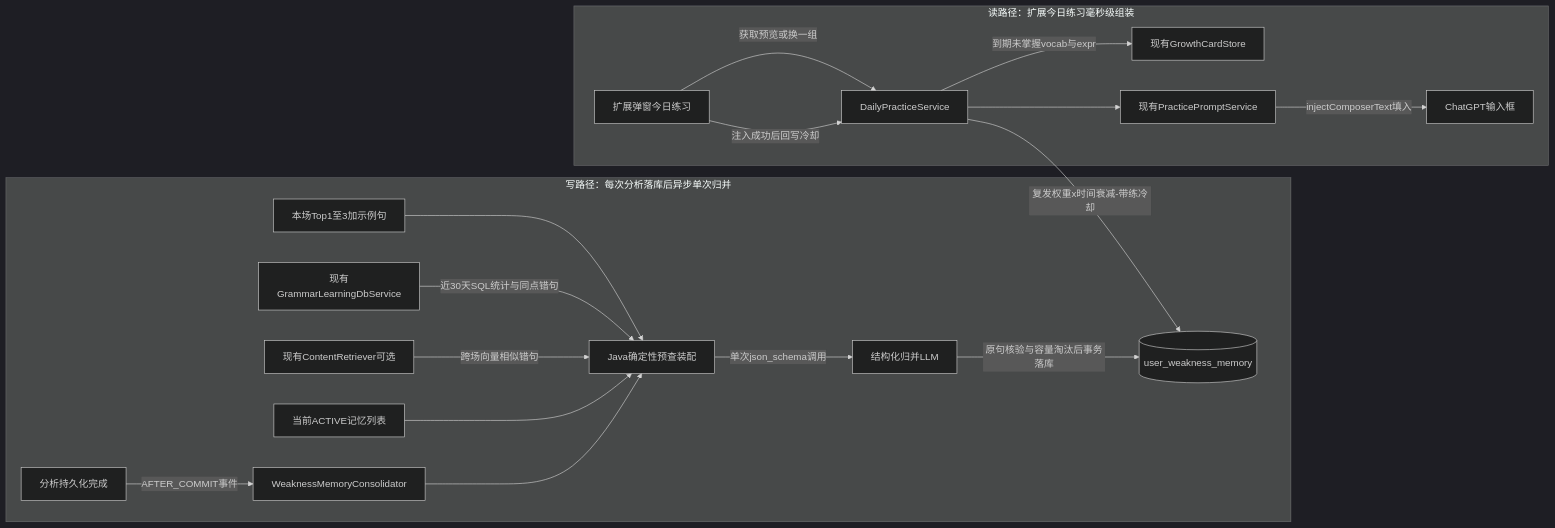
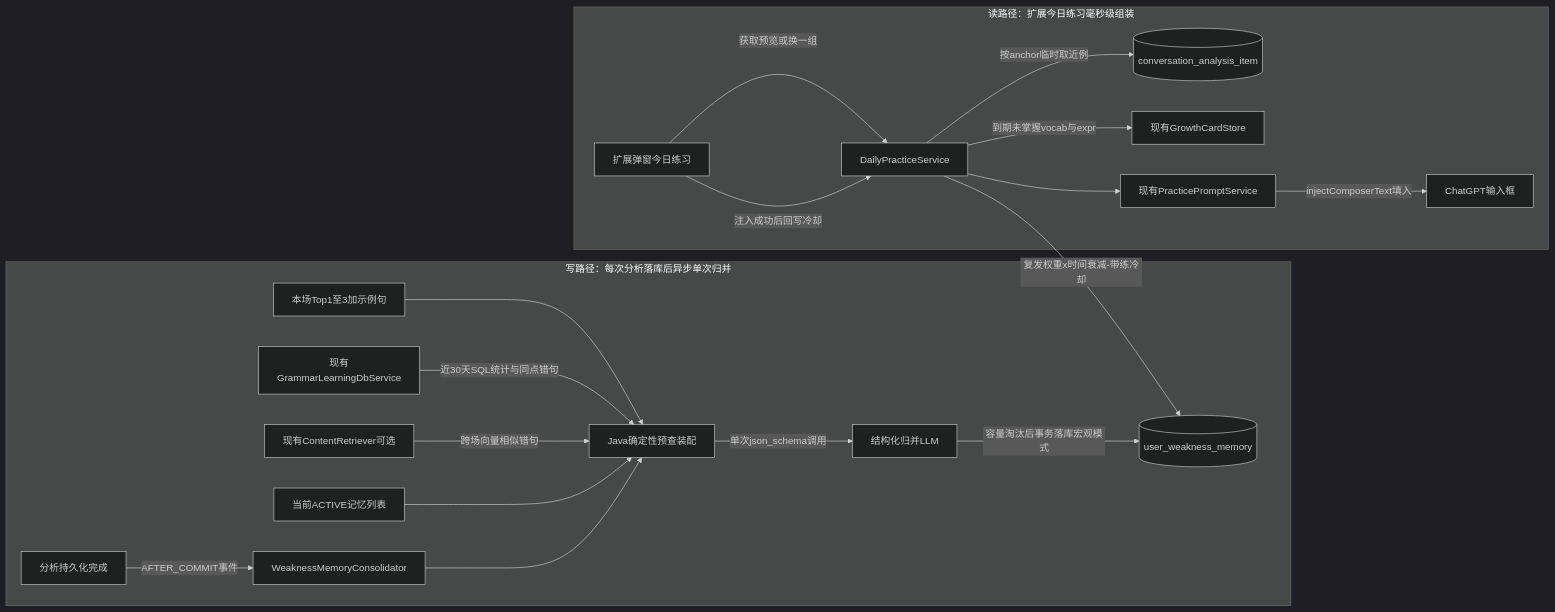
One commit to oddity123/khan_kiddo_v2 changed the diagram in docs/todo/weakness-memory/2026-11-18-todo.md. Above: the diagram before and after it, drawn with Mermaid (dark theme). The commit also changed other lines of this file and 38 other files, not shown here.

````diff
--- a/docs/todo/weakness-memory/2026-11-18-todo.md
+++ b/docs/todo/weakness-memory/2026-11-18-todo.md
@@ -33,22 +33,23 @@
 ```mermaid
 flowchart LR
   subgraph writeFlow [写路径：每次分析落库后异步单次归并]
     persisted[分析持久化完成] -->|AFTER_COMMIT事件| consolidator[WeaknessMemoryConsolidator]
     topCards[本场Top1至3加示例句] --> prefetcher[Java确定性预查装配]
     dbSvc[现有GrammarLearningDbService] -->|"近30天SQL统计与同点错句"| prefetcher
     vecRet[现有ContentRetriever可选] -->|"跨场向量相似错句"| prefetcher
     activeMem[当前ACTIVE记忆列表] --> prefetcher
     consolidator --> prefetcher
     prefetcher -->|单次json_schema调用| llm[结构化归并LLM]
-    llm -->|原句核验与容量淘汰后事务落库| memTable[(user_weakness_memory)]
+    llm -->|容量淘汰后事务落库宏观模式| memTable[(user_weakness_memory)]
   end
 
   subgraph readFlow [读路径：扩展今日练习毫秒级组装]
     extPopup[扩展弹窗今日练习] -->|获取预览或换一组| dailySvc[DailyPracticeService]
     dailySvc -->|"复发权重x时间衰减-带练冷却"| memTable
+    dailySvc -->|按anchor临时取近例| itemTable[(conversation_analysis_item)]
     dailySvc -->|到期未掌握vocab与expr| cardStore[现有GrowthCardStore]
     dailySvc --> promptSvc[现有PracticePromptService]
     promptSvc -->|injectComposerText填入| chatgpt[ChatGPT输入框]
     extPopup -->|注入成功后回写冷却| dailySvc
   end
 ```
````
